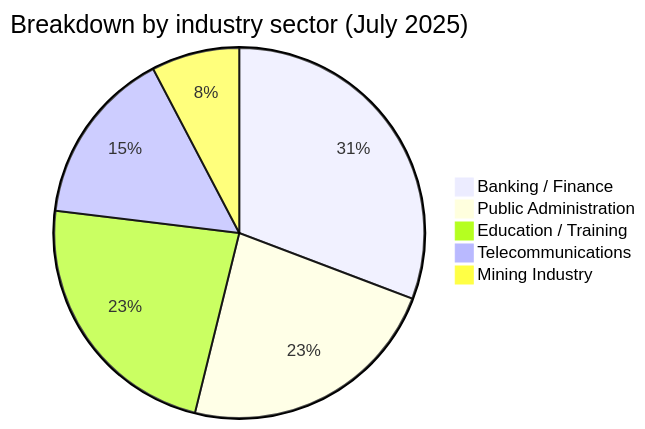
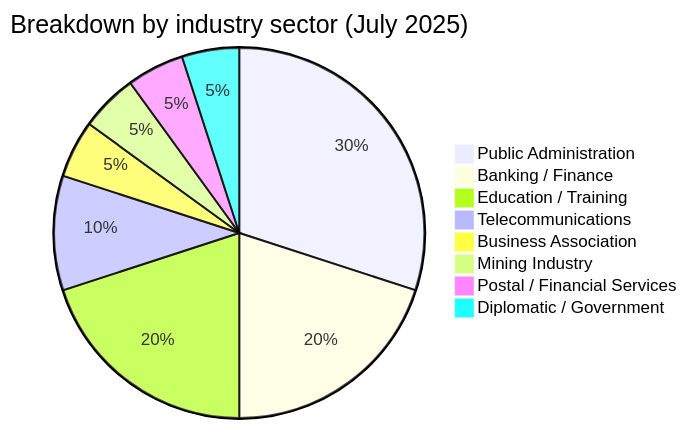
The second of 5 diagrams in CyberAttackAfrica/2025/07-july/README.md (Hatchepsoute/AFRINTEL), drawn with Mermaid before and after one commit. The commit also changed other lines of this file and 255 other files, not shown here.

````diff
--- a/CyberAttackAfrica/2025/07-july/README.md
+++ b/CyberAttackAfrica/2025/07-july/README.md
@@ -58,8 +75,11 @@
 ```mermaid
 pie title Breakdown by industry sector (July 2025)
+    "Public Administration" : 6
     "Banking / Finance" : 4
-    "Public Administration" : 3
-    "Education / Training" : 3
+    "Education / Training" : 4
     "Telecommunications" : 2
+    "Business Association" : 1
     "Mining Industry" : 1
+    "Postal / Financial Services" : 1
+    "Diplomatic / Government" : 1
 ```
````
